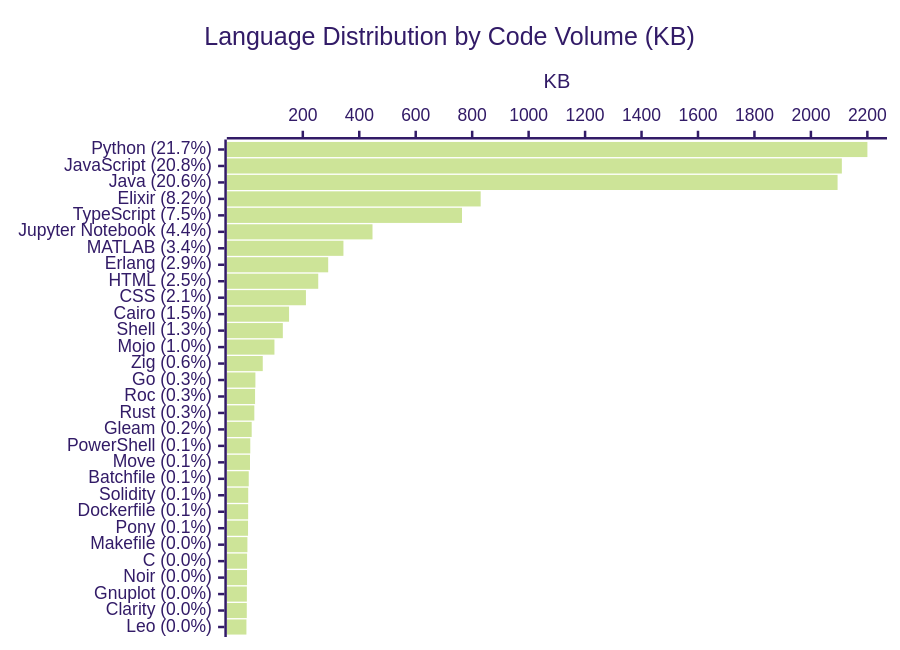
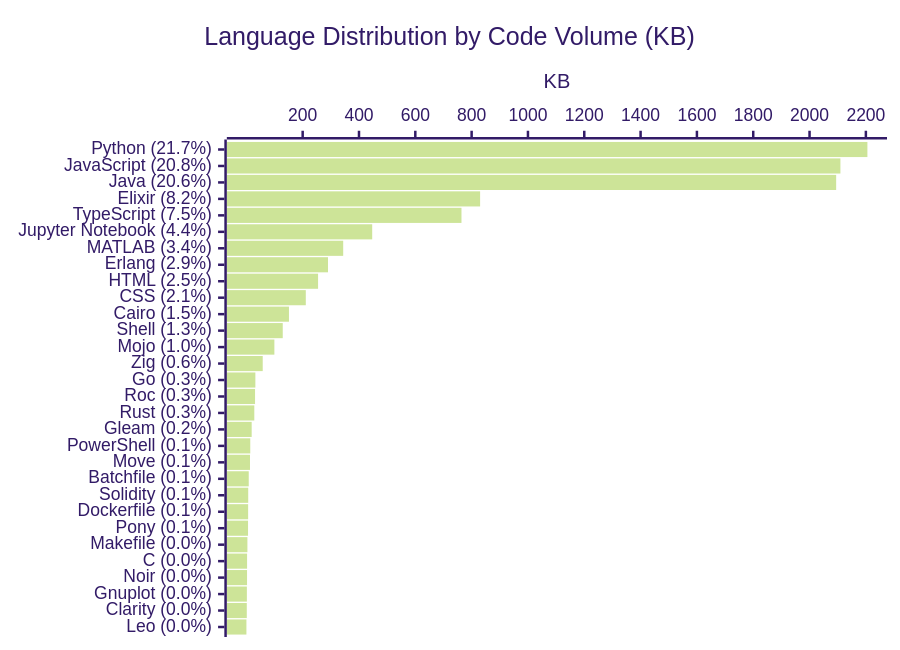
One commit to KathiraveluLab/.github changed the diagram in profile/README.md. Above: the diagram before and after it, drawn with Mermaid (forest theme). The commit also changed other lines of this file and 1 other file, not shown here.

````diff
--- a/profile/README.md
+++ b/profile/README.md
@@ -75,7 +75,7 @@
 ```mermaid
 xychart-beta horizontal
     title "Language Distribution by Code Volume (KB)"
     x-axis ["Python (21.7%)", "JavaScript (20.8%)", "Java (20.6%)", "Elixir (8.2%)", "TypeScript (7.5%)", "Jupyter Notebook (4.4%)", "MATLAB (3.4%)", "Erlang (2.9%)", "HTML (2.5%)", "CSS (2.1%)", "Cairo (1.5%)", "Shell (1.3%)", "Mojo (1.0%)", "Zig (0.6%)", "Go (0.3%)", "Roc (0.3%)", "Rust (0.3%)", "Gleam (0.2%)", "PowerShell (0.1%)", "Move (0.1%)", "Batchfile (0.1%)", "Solidity (0.1%)", "Dockerfile (0.1%)", "Pony (0.1%)", "Makefile (0.0%)", "C (0.0%)", "Noir (0.0%)", "Gnuplot (0.0%)", "Clarity (0.0%)", "Leo (0.0%)"]
     y-axis "KB"
-    bar [2200.16, 2109.61, 2094.5, 830.13, 763.94, 446.91, 343.93, 289.93, 254.7, 211.09, 151.31, 129.25, 99.52, 58.12, 32.03, 30.88, 28.25, 18.9, 13.91, 12.89, 8.48, 6.65, 6.34, 6.01, 3.74, 2.58, 2.46, 1.82, 1.53, 0.26]
+    bar [2205.44, 2109.61, 2094.5, 830.13, 763.94, 446.91, 343.93, 289.93, 254.7, 211.09, 151.31, 129.25, 99.52, 58.12, 32.03, 30.88, 28.25, 18.9, 13.91, 12.89, 8.48, 6.65, 6.34, 6.01, 3.74, 2.58, 2.46, 1.82, 1.53, 0.26]
 ```
````
